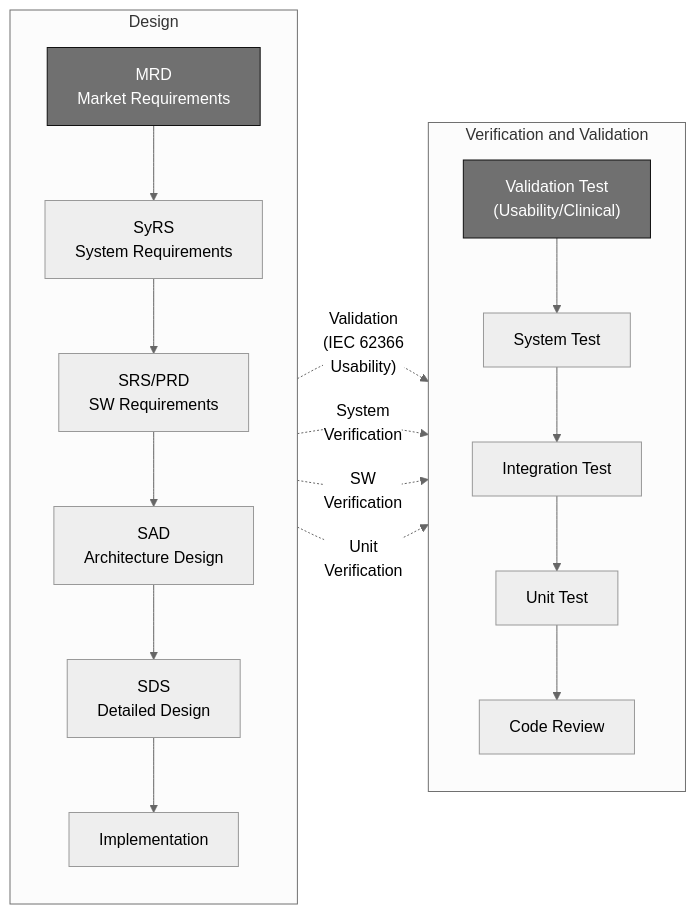
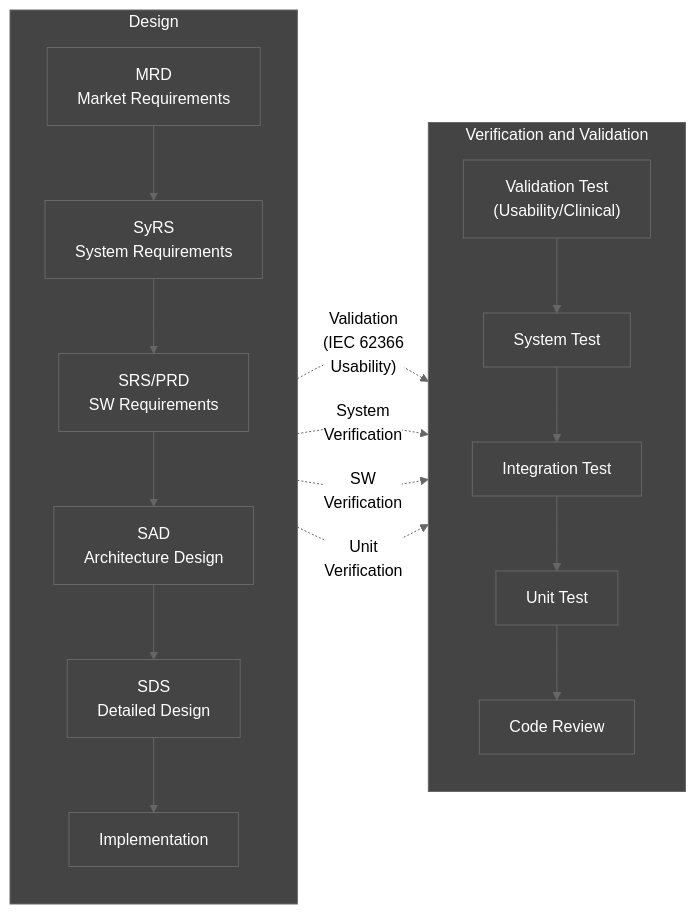
One commit to holee9/console-gui changed the fifth of 7 diagrams in docs/planning/DOC-001_MRD_v3.0.md. Above: the diagram before and after it, drawn with Mermaid (neutral theme). The commit also changed other lines of this file, not shown here.

First line of the commit message:
fix: MRD v3.0 Mermaid 차트 색상 통일 — #707070 → #444, 미적용 노드 전수 추가

````diff
--- a/docs/planning/DOC-001_MRD_v3.0.md
+++ b/docs/planning/DOC-001_MRD_v3.0.md
@@ -605,40 +621,51 @@
 ```mermaid
 flowchart LR
     subgraph Left["Design"]
         direction TB
         MRD_box["MRD\nMarket Requirements"]
         SyRS_box["SyRS\nSystem Requirements"]
         SRS_box["SRS/PRD\nSW Requirements"]
         SAD_box["SAD\nArchitecture Design"]
         SDS_box["SDS\nDetailed Design"]
         Code_box["Implementation"]
 
         MRD_box --> SyRS_box
         SyRS_box --> SRS_box
         SRS_box --> SAD_box
         SAD_box --> SDS_box
         SDS_box --> Code_box
     end
 
     subgraph Right["Verification and Validation"]
         direction TB
         VT_box["Validation Test\n(Usability/Clinical)"]
         SysT_box["System Test"]
         IntT_box["Integration Test"]
         UnitT_box["Unit Test"]
         Code_box2["Code Review"]
 
         VT_box --> SysT_box
         SysT_box --> IntT_box
         IntT_box --> UnitT_box
         UnitT_box --> Code_box2
     end
 
     MRD_box -.->|"Validation\n(IEC 62366\nUsability)"| VT_box
     SyRS_box -.->|"System\nVerification"| SysT_box
     SRS_box -.->|"SW\nVerification"| IntT_box
     SDS_box -.->|"Unit\nVerification"| UnitT_box
 
-    style MRD_box fill:#707070,stroke:#111111,color:#FFFFFF
-    style VT_box fill:#707070,stroke:#111111,color:#FFFFFF
+    style Left fill:#444,stroke:#666,color:#fff
+    style Right fill:#444,stroke:#666,color:#fff
+    style MRD_box fill:#444,stroke:#666,color:#fff
+    style SyRS_box fill:#444,stroke:#666,color:#fff
+    style SRS_box fill:#444,stroke:#666,color:#fff
+    style SAD_box fill:#444,stroke:#666,color:#fff
+    style SDS_box fill:#444,stroke:#666,color:#fff
+    style Code_box fill:#444,stroke:#666,color:#fff
+    style VT_box fill:#444,stroke:#666,color:#fff
+    style SysT_box fill:#444,stroke:#666,color:#fff
+    style IntT_box fill:#444,stroke:#666,color:#fff
+    style UnitT_box fill:#444,stroke:#666,color:#fff
+    style Code_box2 fill:#444,stroke:#666,color:#fff
 ```
````
